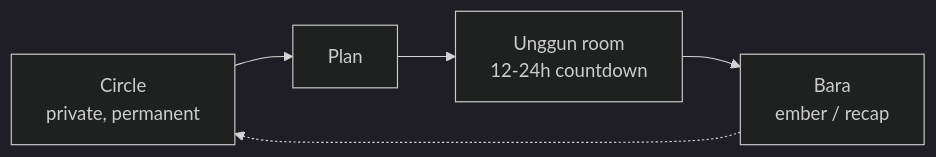
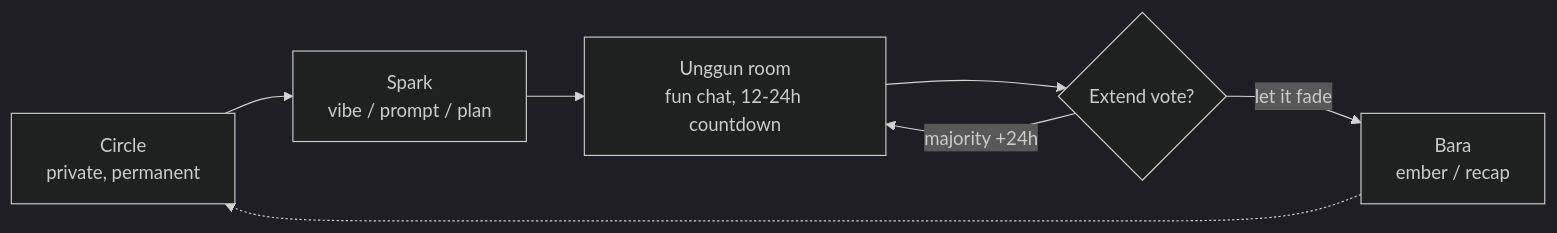
One commit to itsmhp/SocialMedia changed the diagram in concept/04-rooms-and-lanes.md. Above: the diagram before and after it, drawn with Mermaid (dark theme). The commit also changed other lines of this file and 6 other files, not shown here.

Commit message:
feat: extend-by-vote room mechanic + realign concept to chat-first

````diff
--- a/concept/04-rooms-and-lanes.md
+++ b/concept/04-rooms-and-lanes.md
@@ -16,7 +17,9 @@
 ```mermaid
 flowchart LR
-    C[Circle<br/>private, permanent] --> P[Plan]
-    P --> U[Unggun room<br/>12-24h countdown]
-    U --> B[Bara<br/>ember / recap]
+    C[Circle<br/>private, permanent] --> S[Spark<br/>vibe / prompt / plan]
+    S --> U[Unggun room<br/>fun chat, 12-24h countdown]
+    U --> V{Extend vote?}
+    V -->|majority +24h| U
+    V -->|let it fade| B[Bara<br/>ember / recap]
     B -.-> C
 ```
````
